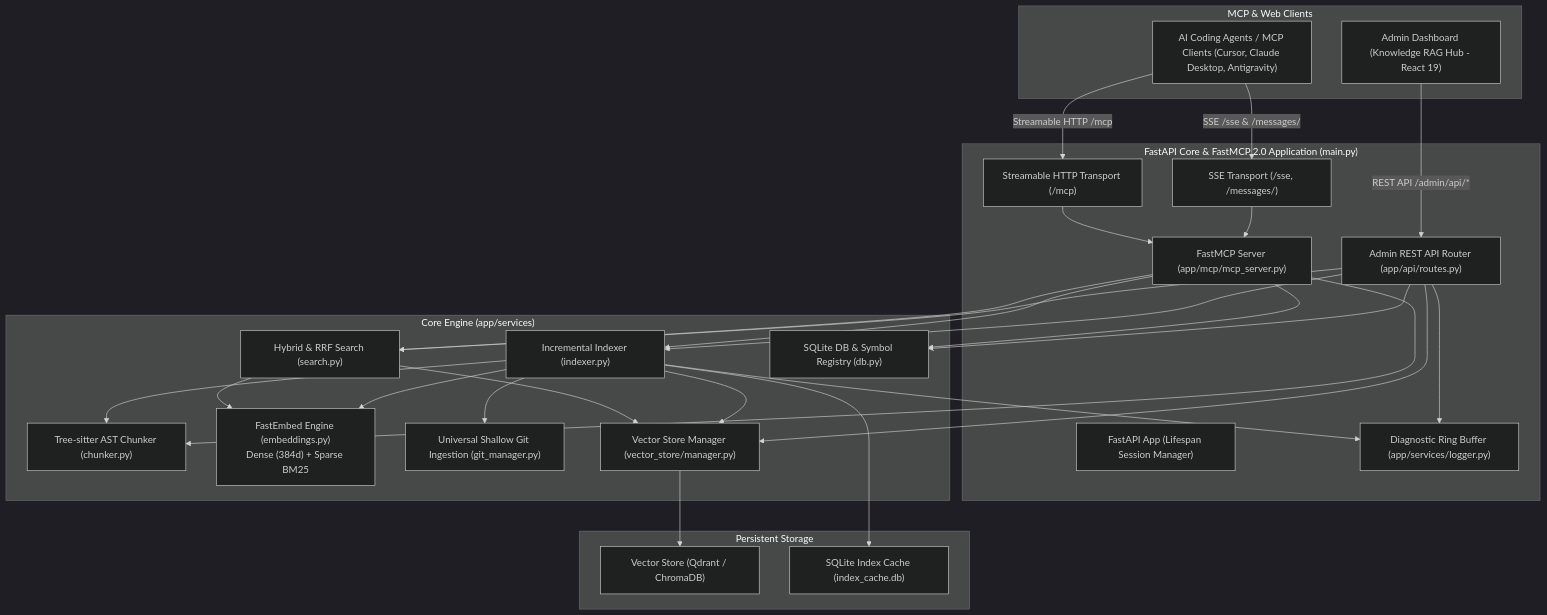
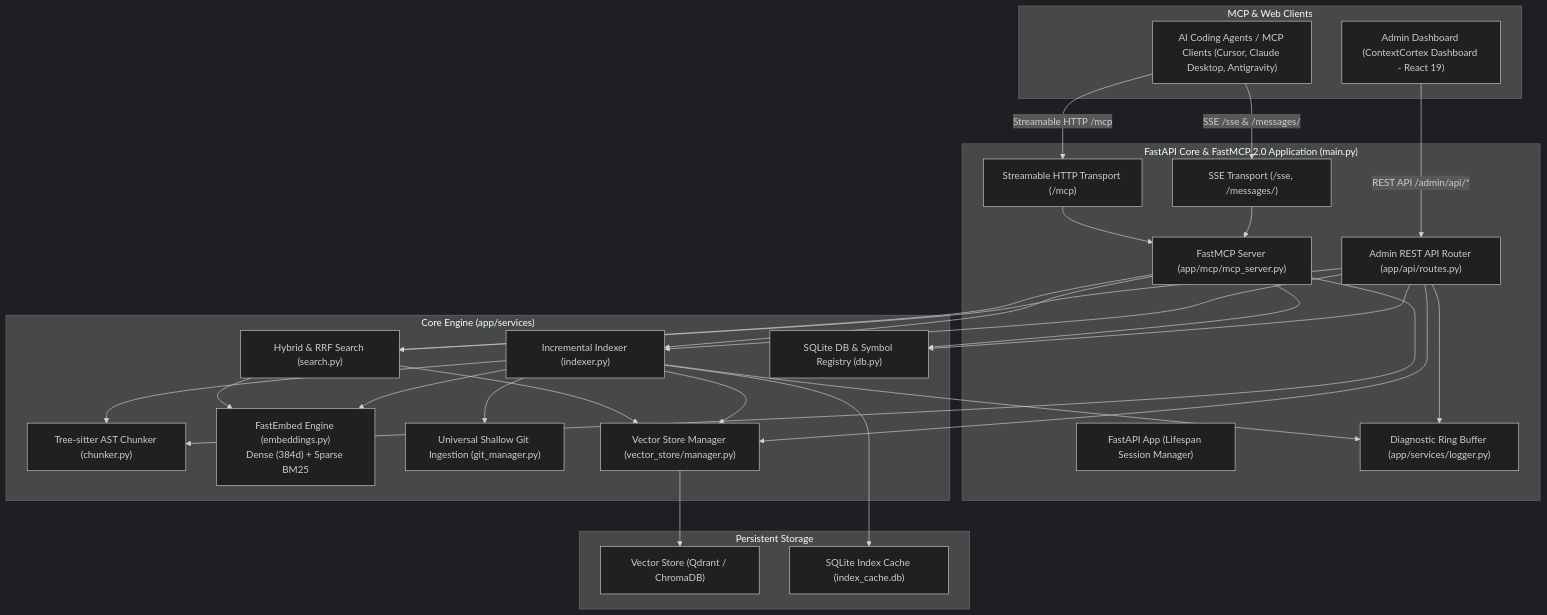
One commit to spelech/contextcortex changed the first of 3 diagrams in ARCHITECTURE.md. Above: the diagram before and after it, drawn with Mermaid (dark theme). The commit also changed other lines of this file and 4 other files, not shown here.

Commit message:
docs: update documentation, SRS requirements, and git remote for ContextCortex

````diff
--- a/ARCHITECTURE.md
+++ b/ARCHITECTURE.md
@@ -10,60 +10,60 @@
 ```mermaid
 flowchart TD
     subgraph Clients["MCP & Web Clients"]
         Claude["AI Coding Agents / MCP Clients (Cursor, Claude Desktop, Antigravity)"]
-        Browser["Admin Dashboard (Knowledge RAG Hub - React 19)"]
+        Browser["Admin Dashboard (ContextCortex Dashboard - React 19)"]
     end
 
     subgraph Server["FastAPI Core & FastMCP 2.0 Application (main.py)"]
         FastAPI["FastAPI App (Lifespan Session Manager)"]
         FastMCP["FastMCP Server (app/mcp/mcp_server.py)"]
         SSE["SSE Transport (/sse, /messages/)"]
         HTTP["Streamable HTTP Transport (/mcp)"]
         AdminAPI["Admin REST API Router (app/api/routes.py)"]
         LogBuffer["Diagnostic Ring Buffer (app/services/logger.py)"]
     end
 
     subgraph CoreEngine["Core Engine (app/services)"]
         Chunker["Tree-sitter AST Chunker (chunker.py)"]
         Embeddings["FastEmbed Engine (embeddings.py)\nDense (384d) + Sparse BM25"]
         GitMgr["Universal Shallow Git Ingestion (git_manager.py)"]
         Indexer["Incremental Indexer (indexer.py)"]
         Search["Hybrid & RRF Search (search.py)"]
         DB["SQLite DB & Symbol Registry (db.py)"]
         VSMgr["Vector Store Manager (vector_store/manager.py)"]
     end
 
     subgraph PersistentStorage["Persistent Storage"]
         VectorStore["Vector Store (Qdrant / ChromaDB)"]
         SQLite["SQLite Index Cache (index_cache.db)"]
     end
 
     Claude -->|SSE /sse & /messages/| SSE
     Claude -->|Streamable HTTP /mcp| HTTP
     SSE --> FastMCP
     HTTP --> FastMCP
 
     Browser -->|REST API /admin/api/*| AdminAPI
     AdminAPI --> DB
     AdminAPI --> Indexer
     AdminAPI --> LogBuffer
     AdminAPI --> Search
     AdminAPI --> VSMgr
 
     FastMCP --> Search
     FastMCP --> Chunker
     FastMCP --> DB
     FastMCP --> Indexer
 
     Indexer --> Chunker
     Indexer --> Embeddings
     Indexer --> GitMgr
     Indexer --> VSMgr
     Indexer --> SQLite
     Indexer --> LogBuffer
 
     VSMgr --> VectorStore
 
     Search --> Embeddings
     Search --> VSMgr
 ```
````
